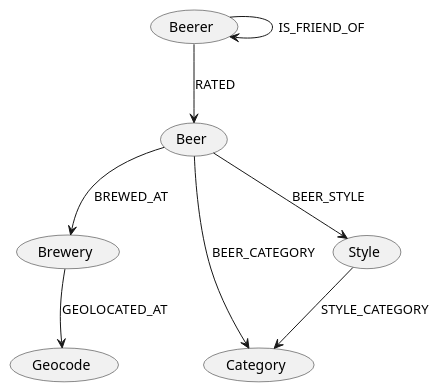
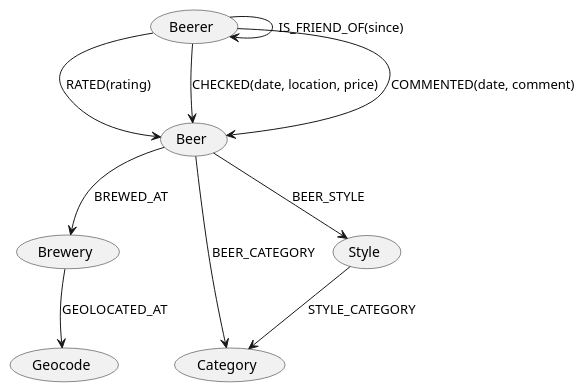
The diagram in neo4j-openbeerdb.puml (aicfr/neo4j-openbeerdb), drawn with PlantUML before and after one commit. The commit also changed 1 other file, not shown here.

```diff
--- a/neo4j-openbeerdb.puml
+++ b/neo4j-openbeerdb.puml
@@ -1,9 +1,11 @@
 @startuml openbeerdb
-(Beerer) --> (Beer) : RATED
-(Beerer) --> (Beerer) : IS_FRIEND_OF
+(Beerer) --> (Beer) : RATED(rating)
+(Beerer) --> (Beer) : CHECKED(date, location, price)
+(Beerer) --> (Beer) : COMMENTED(date, comment)
+(Beerer) --> (Beerer) : IS_FRIEND_OF(since)
 (Beer) --> (Brewery) : BREWED_AT
 (Beer) --> (Category) : BEER_CATEGORY
 (Beer) --> (Style) : BEER_STYLE
 (Style) --> (Category) : STYLE_CATEGORY
 (Brewery) --> (Geocode) : GEOLOCATED_AT
 @enduml
```
